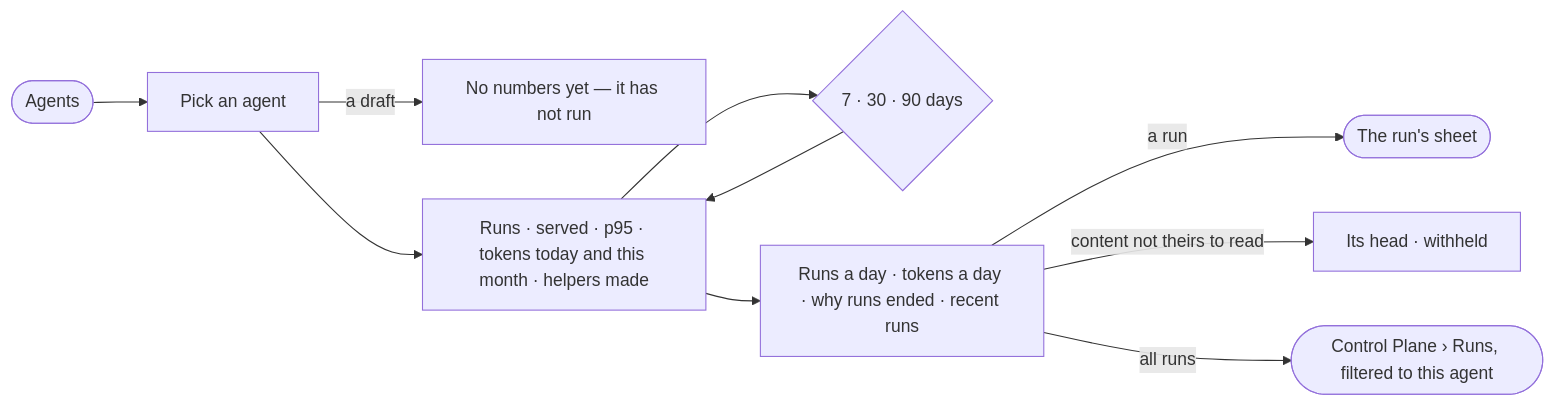
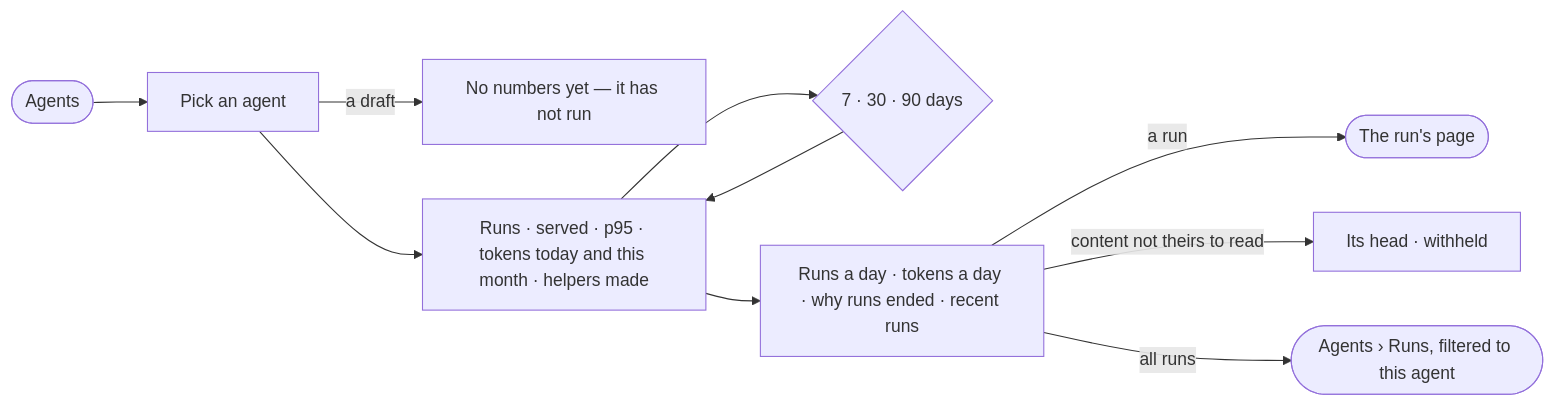
The diagram in specs/os/control/features/CP-F10-runs-and-how-the-agents-are-doing/stories/CP-49-read-how-one-agent-is-doing/story.md (invana/invana), drawn with Mermaid before and after one commit. The commit also changed other lines of this file and 456 other files, not shown here.

````diff
--- a/specs/os/control/features/CP-F10-runs-and-how-the-agents-are-doing/stories/CP-49-read-how-one-agent-is-doing/story.md
+++ b/specs/os/control/features/CP-F10-runs-and-how-the-agents-are-doing/stories/CP-49-read-how-one-agent-is-doing/story.md
@@ -27,12 +27,12 @@
 ```mermaid
 flowchart LR
   a([Agents]) --> p["Pick an agent"]
   p -->|a draft| d["No numbers yet — it has not run"]
   p --> n["Runs · served · p95 · tokens today and this month · helpers made"]
   n --> w{"7 · 30 · 90 days"}
   w --> n
   n --> r["Runs a day · tokens a day · why runs ended · recent runs"]
-  r -->|a run| s(["The run's sheet"])
+  r -->|a run| s(["The run's page"])
   r -->|content not theirs to read| x["Its head · withheld"]
-  r -->|all runs| l(["Control Plane › Runs, filtered to this agent"])
+  r -->|all runs| l(["Agents › Runs, filtered to this agent"])
 ```
````
